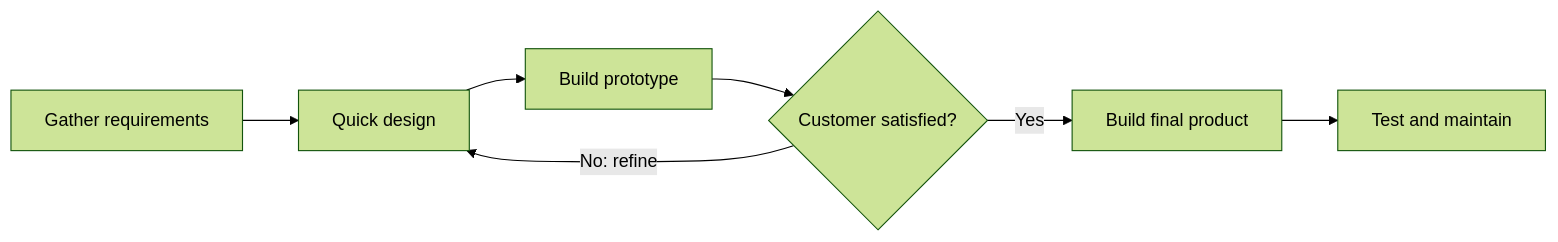
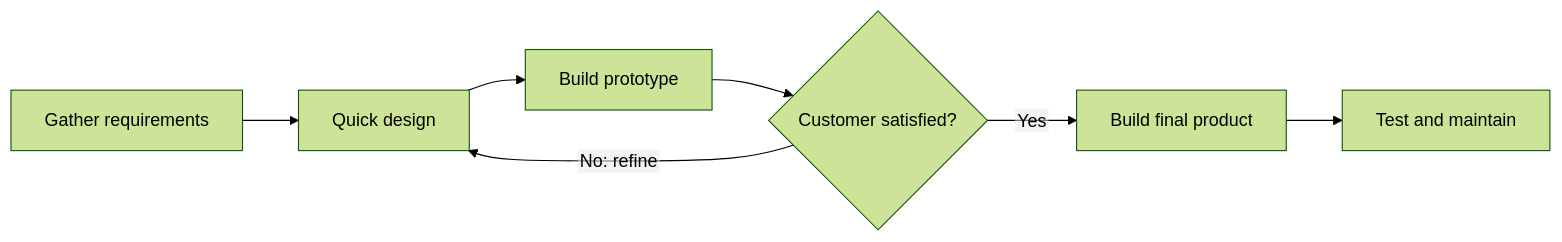
Before and after one commit to Ajay120503/ST_Notes: the fifth of 23 diagrams in README.md, drawn with Mermaid (forest theme). The commit also changed other lines of this file, not shown here.

````diff
--- a/README.md
+++ b/README.md
@@ -133,6 +139,7 @@
 ```mermaid
+%%{init: {"flowchart": {"htmlLabels": false}}}%%
 flowchart LR
     RG["Gather requirements"] --> QD["Quick design"] --> BP["Build prototype"] --> CE{"Customer satisfied?"}
-    CE -->|No: refine| QD
-    CE -->|Yes| FP["Build final product"] --> TM["Test and maintain"]
+    CE -- "No: refine" --> QD
+    CE -- "Yes" --> FP["Build final product"] --> TM["Test and maintain"]
 ```
````
